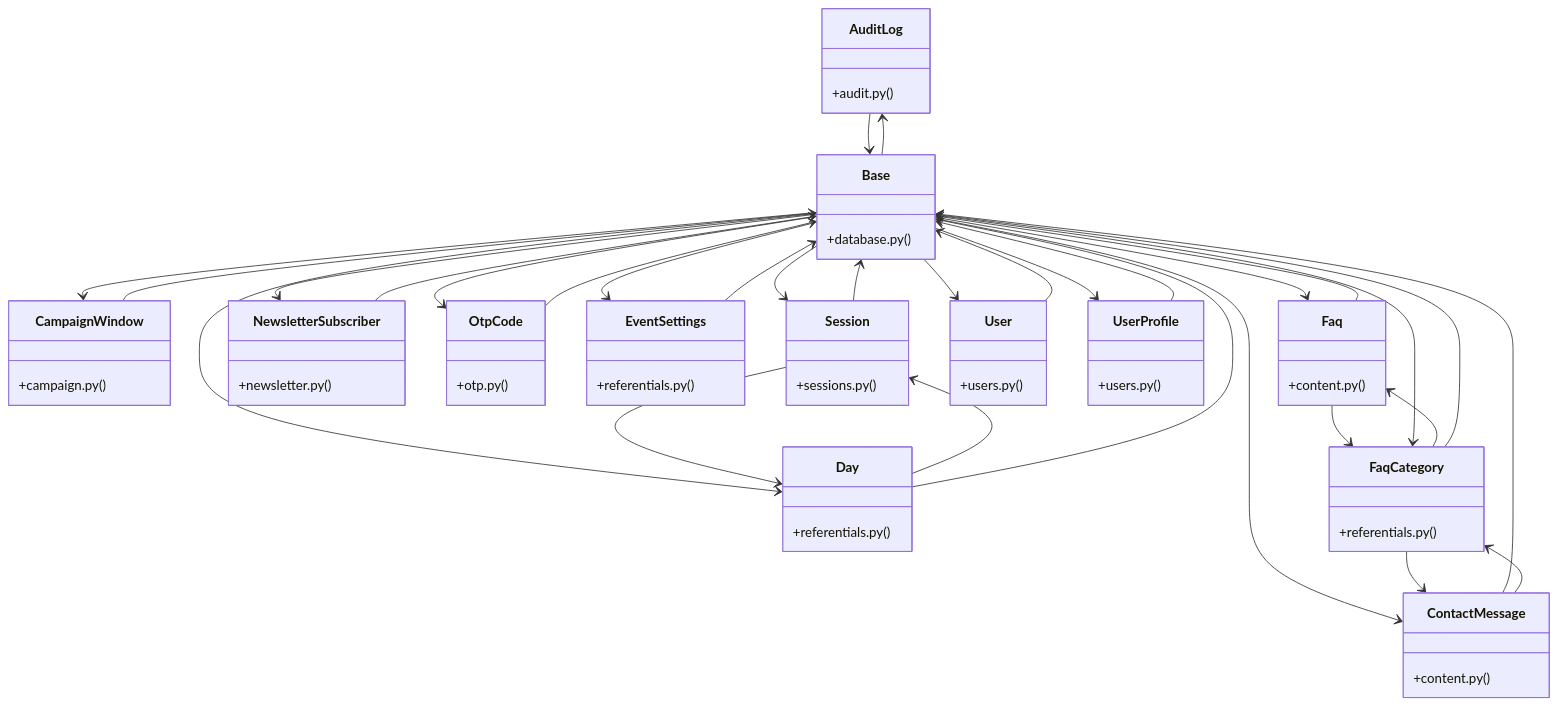
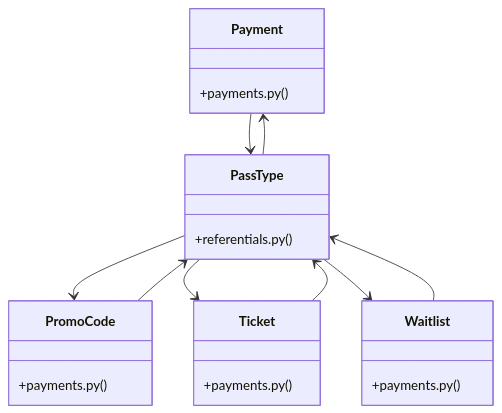
One commit to adjanayo/synca_conf_back changed the diagram in graphify-out/wiki/[create_access_token()_&_Role]_Cluster.md. Above: the diagram before and after it, drawn with Mermaid. The commit also changed other lines of this file and 89 other files, not shown here.

Commit message:
docs: journal — rappels waitlist récurrents + regen graphify

````diff
--- a/graphify-out/wiki/[create_access_token()_&_Role]_Cluster.md
+++ b/graphify-out/wiki/[create_access_token()_&_Role]_Cluster.md
@@ -36,72 +36,26 @@
 ```mermaid
 classDiagram
-    class AuditLog {
-        +audit.py()
+    class Payment {
+        +payments.py()
     }
-    class CampaignWindow {
-        +campaign.py()
+    class PromoCode {
+        +payments.py()
     }
-    class ContactMessage {
-        +content.py()
+    class Ticket {
+        +payments.py()
     }
-    class Faq {
-        +content.py()
+    class Waitlist {
+        +payments.py()
     }
-    class Base {
-        +database.py()
-    }
-    class NewsletterSubscriber {
-        +newsletter.py()
-    }
-    class OtpCode {
-        +otp.py()
-    }
-    class Day {
+    class PassType {
         +referentials.py()
     }
-    class EventSettings {
-        +referentials.py()
-    }
-    class FaqCategory {
-        +referentials.py()
-    }
-    class Session {
-        +sessions.py()
-    }
-    class User {
-        +users.py()
-    }
-    class UserProfile {
-        +users.py()
-    }
-    AuditLog --> Base
-    CampaignWindow --> Base
-    ContactMessage --> Base
-    ContactMessage --> FaqCategory
-    Faq --> Base
-    Faq --> FaqCategory
-    Base --> Session
-    Base --> AuditLog
-    Base --> User
-    Base --> UserProfile
-    Base --> OtpCode
-    Base --> CampaignWindow
-    Base --> Faq
-    Base --> ContactMessage
-    Base --> Day
-    Base --> FaqCategory
-    Base --> EventSettings
-    Base --> NewsletterSubscriber
-    NewsletterSubscriber --> Base
-    OtpCode --> Base
-    Day --> Session
-    Day --> Base
-    EventSettings --> Base
-    FaqCategory --> Faq
-    FaqCategory --> ContactMessage
-    FaqCategory --> Base
-    Session --> Base
-    Session --> Day
-    User --> Base
-    UserProfile --> Base
+    Payment --> PassType
+    PromoCode --> PassType
+    Ticket --> PassType
+    Waitlist --> PassType
+    PassType --> PromoCode
+    PassType --> Payment
+    PassType --> Ticket
+    PassType --> Waitlist
 ```
````
